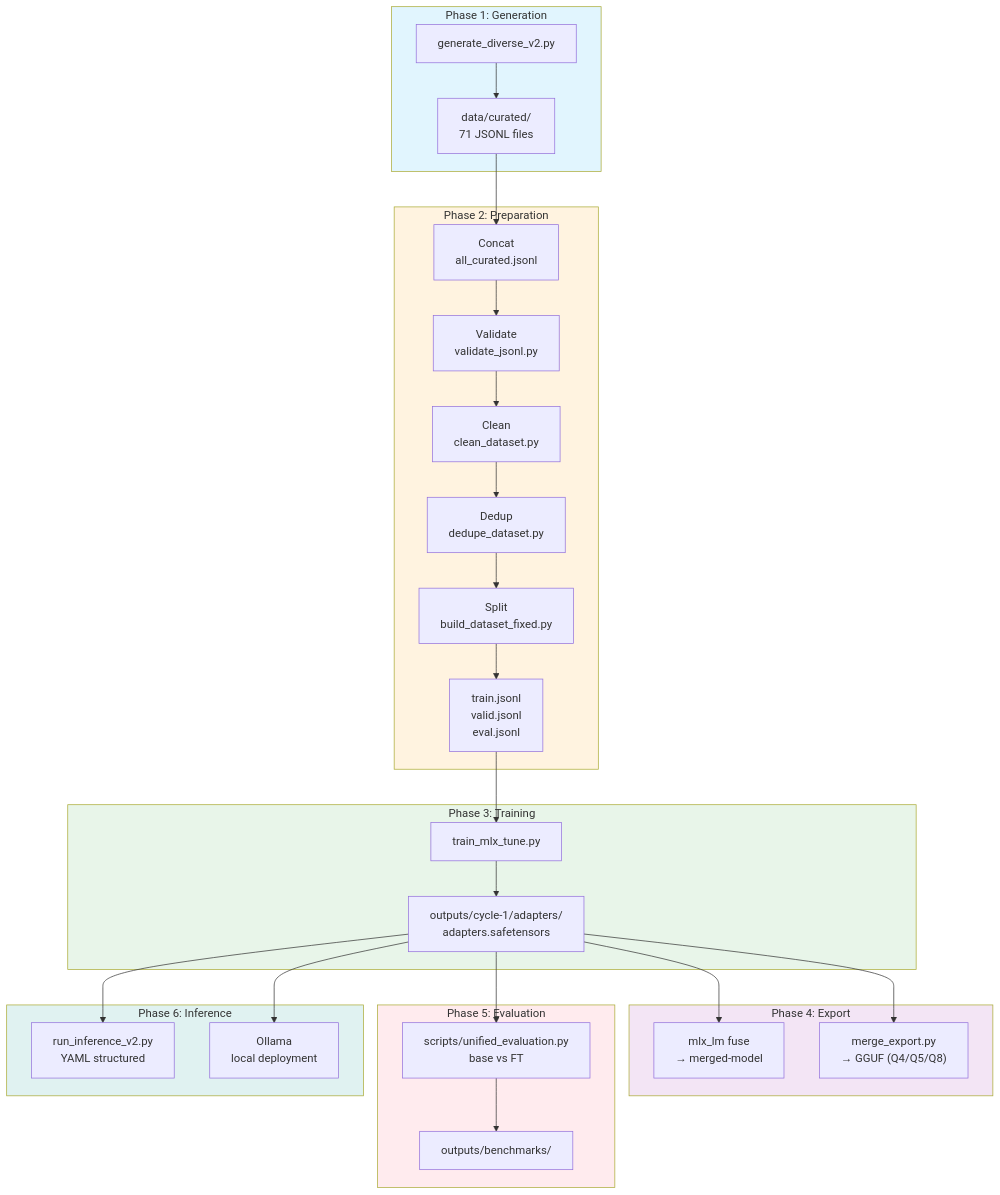
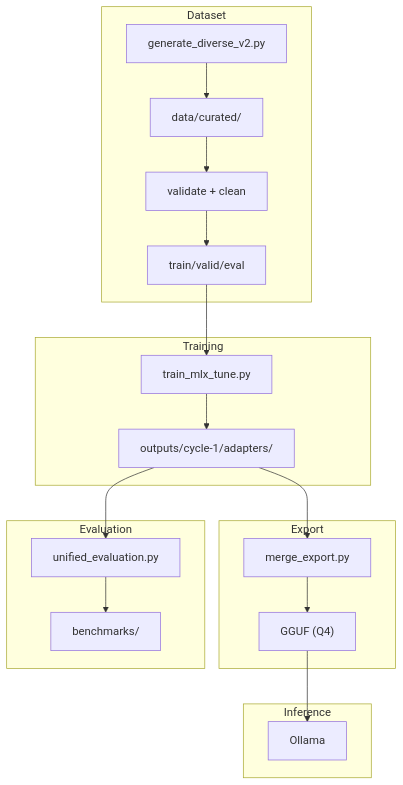
The diagram in README.md (otavio-lemos/olia-2-oci), drawn with Mermaid before and after one commit. The commit also changed other lines of this file, not shown here.

Commit message:
docs: improve README structure with better Quick Start and Inference sections

````diff
--- a/README.md
+++ b/README.md
@@ -19,43 +18,26 @@
 ```mermaid
 flowchart TB
-    subgraph GENERATION["Phase 1: Generation"]
-        A["generate_diverse_v2.py"]
-        A --> B["data/curated/<br/>71 JSONL files"]
+    subgraph GEN["Dataset"]
+        A["generate_diverse_v2.py"] --> B["data/curated/"]
+        B --> C["validate + clean"] --> D["train/valid/eval"]
     end
 
-    subgraph PREPARATION["Phase 2: Preparation"]
-        B --> C1["Concat<br/>all_curated.jsonl"]
-        C1 --> C2["Validate<br/>validate_jsonl.py"]
-        C2 --> C3["Clean<br/>clean_dataset.py"]
-        C3 --> C4["Dedup<br/>dedupe_dataset.py"]
-        C4 --> C5["Split<br/>build_dataset_fixed.py"]
-        C5 --> D["train.jsonl<br/>valid.jsonl<br/>eval.jsonl"]
+    subgraph TRAIN["Training"]
+        D --> E["train_mlx_tune.py"]
+        E --> F["outputs/cycle-1/adapters/"]
     end
 
-    subgraph TRAINING["Phase 3: Training"]
-        D --> E["train_mlx_tune.py"]
-        E --> F["outputs/cycle-1/adapters/<br/>adapters.safetensors"]
+    subgraph EXPORT["Export"]
+        F --> G["merge_export.py"]
+        G --> H["GGUF (Q4)"]
     end
 
-    subgraph EXPORT["Phase 4: Export"]
-        F --> G1["mlx_lm fuse<br/>→ merged-model"]
-        F --> G2["merge_export.py<br/>→ GGUF (Q4/Q5/Q8)"]
+    subgraph EVAL["Evaluation"]
+        F --> I["unified_evaluation.py"]
+        I --> J["benchmarks/"]
     end
 
-    subgraph EVALUATION["Phase 5: Evaluation"]
-        F --> H["scripts/unified_evaluation.py<br/>base vs FT"]
-        H --> I["outputs/benchmarks/"]
+    subgraph INFER["Inference"]
+        H --> K["Ollama"]
     end
-
-    subgraph INFERENCE["Phase 6: Inference"]
-        F --> J1["run_inference_v2.py<br/>YAML structured"]
-        F --> J2["Ollama<br/>local deployment"]
-    end
-
-    style GENERATION fill:#e1f5fe
-    style PREPARATION fill:#fff3e0
-    style TRAINING fill:#e8f5e9
-    style EXPORT fill:#f3e5f5
-    style EVALUATION fill:#ffebee
-    style INFERENCE fill:#e0f2f1
 ```
````
